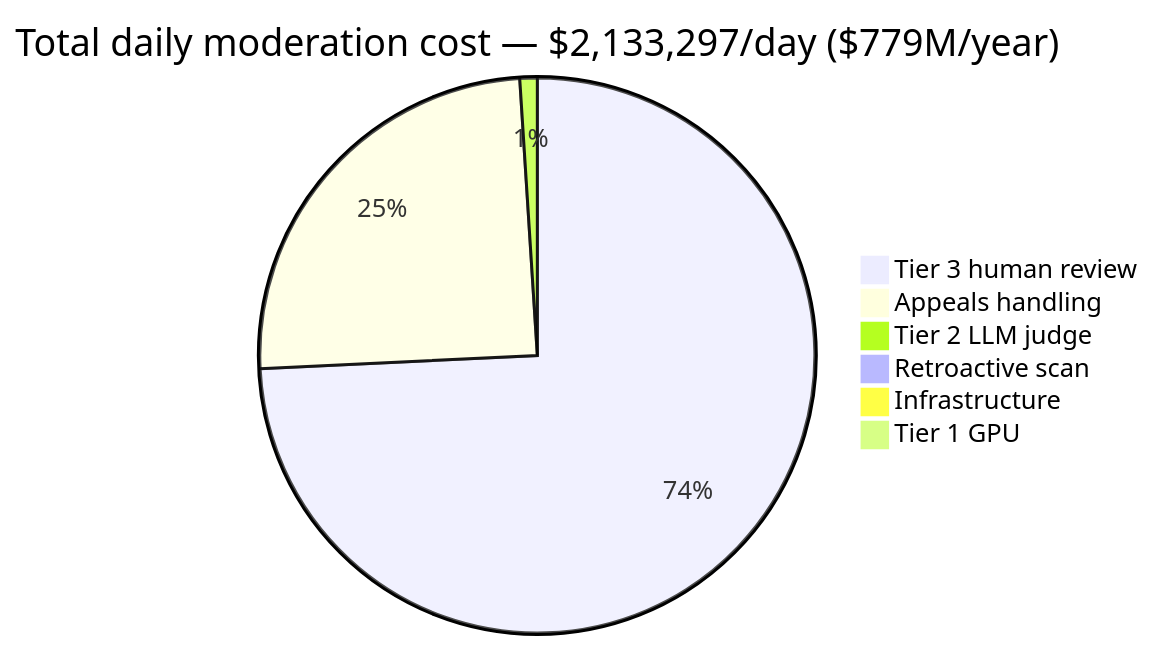
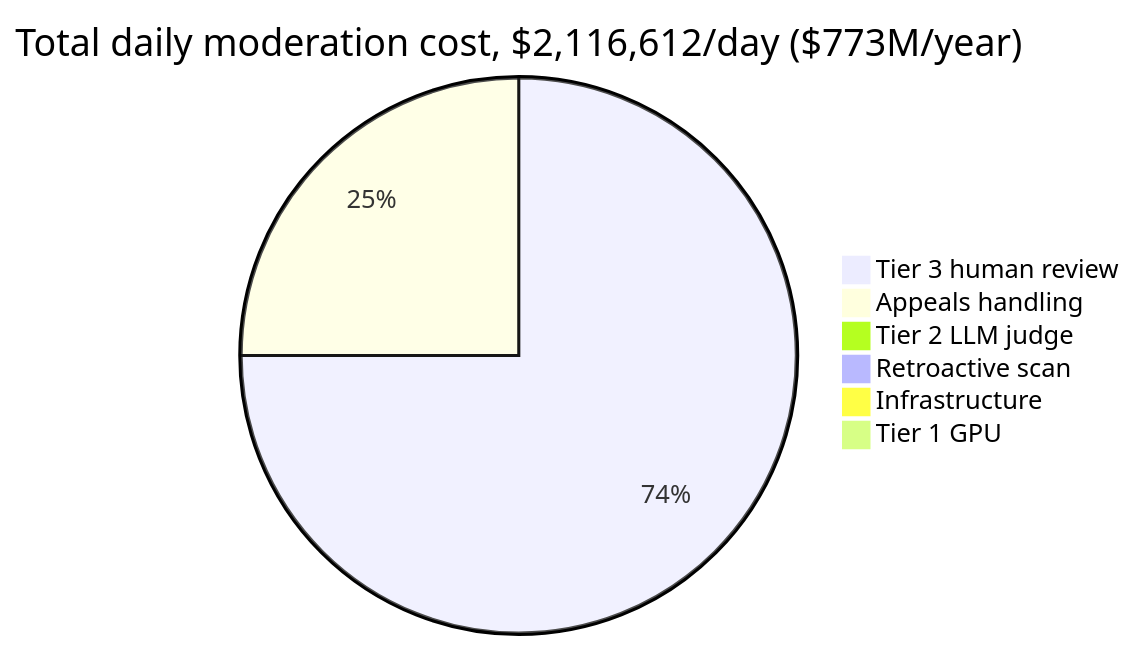
Before and after one commit to rppol/system-design: the second of 2 diagrams in src/main/java/com/rutik/systemdesign/llm/case_studies/design_ai_content_moderation.md, drawn with Mermaid. The commit also changed other lines of this file and 25 other files, not shown here.

````diff
--- a/src/main/java/com/rutik/systemdesign/llm/case_studies/design_ai_content_moderation.md
+++ b/src/main/java/com/rutik/systemdesign/llm/case_studies/design_ai_content_moderation.md
@@ -1351,9 +810,9 @@
 ```mermaid
-pie title Total daily moderation cost — $2,133,297/day ($779M/year)
+pie title Total daily moderation cost, $2,116,612/day ($773M/year)
     "Tier 3 human review" : 1575000
     "Appeals handling" : 525000
-    "Tier 2 LLM judge" : 21448
-    "Retroactive scan" : 10000
+    "Tier 2 LLM judge" : 13463
+    "Retroactive scan" : 1300
     "Infrastructure" : 1815
     "Tier 1 GPU" : 34
 ```
````
